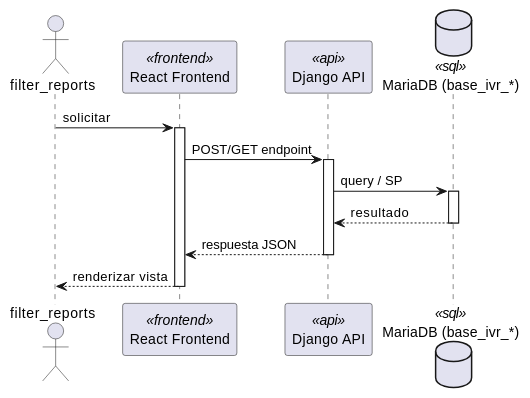
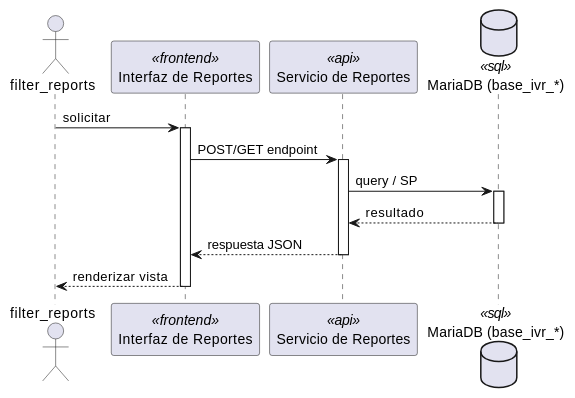
One commit to jcg-admin/IACT-docs changed the first of 2 diagrams in source/arquitectura-tecnica/DesignView/rpt-09.rst. Above: the diagram before and after it, drawn with PlantUML. The commit also changed other lines of this file and 243 other files, not shown here.

First line of the commit message:
Add missing diagrams and fix participant names across Kruchten views

```diff
--- a/source/arquitectura-tecnica/DesignView/rpt-09.rst
+++ b/source/arquitectura-tecnica/DesignView/rpt-09.rst
@@ -22,28 +22,28 @@
 .. uml::
  :caption: UC_RPT_09 — Design View (secuencia)
 
  @startuml
 
  actor "filter_reports" as filter_reports
- participant "React Frontend" as Frontend <<frontend>>
- participant "Django API" as APIServer <<api>>
- database "MariaDB (base_ivr_*)" as BaseDatos <<sql>>
+ participant "Interfaz de Reportes" as Iface <<frontend>>
+ participant "Servicio de Reportes" as SvcNode <<api>>
+ database "MariaDB (base_ivr_*)" as Store <<sql>>
 
- filter_reports -> Frontend : solicitar
- activate Frontend
+ filter_reports -> Iface : solicitar
+ activate Iface
 
- Frontend -> APIServer : POST/GET endpoint
- activate APIServer
+ Iface -> SvcNode : POST/GET endpoint
+ activate SvcNode
 
- APIServer -> BaseDatos : query / SP
- activate BaseDatos
- BaseDatos --> APIServer : resultado
- deactivate BaseDatos
+ SvcNode -> Store : query / SP
+ activate Store
+ Store --> SvcNode : resultado
+ deactivate Store
 
- APIServer --> Frontend : respuesta JSON
- deactivate APIServer
+ SvcNode --> Iface : respuesta JSON
+ deactivate SvcNode
 
- Frontend --> filter_reports : renderizar vista
- deactivate Frontend
+ Iface --> filter_reports : renderizar vista
+ deactivate Iface
 
  @enduml
```
